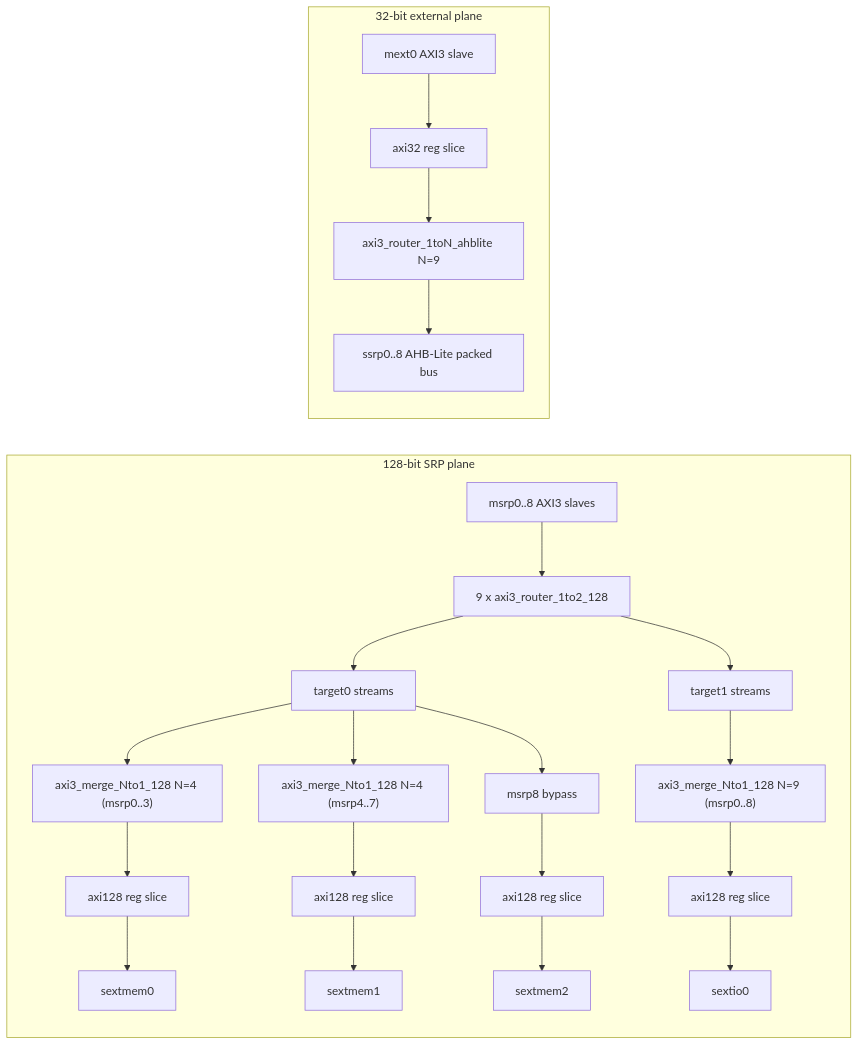
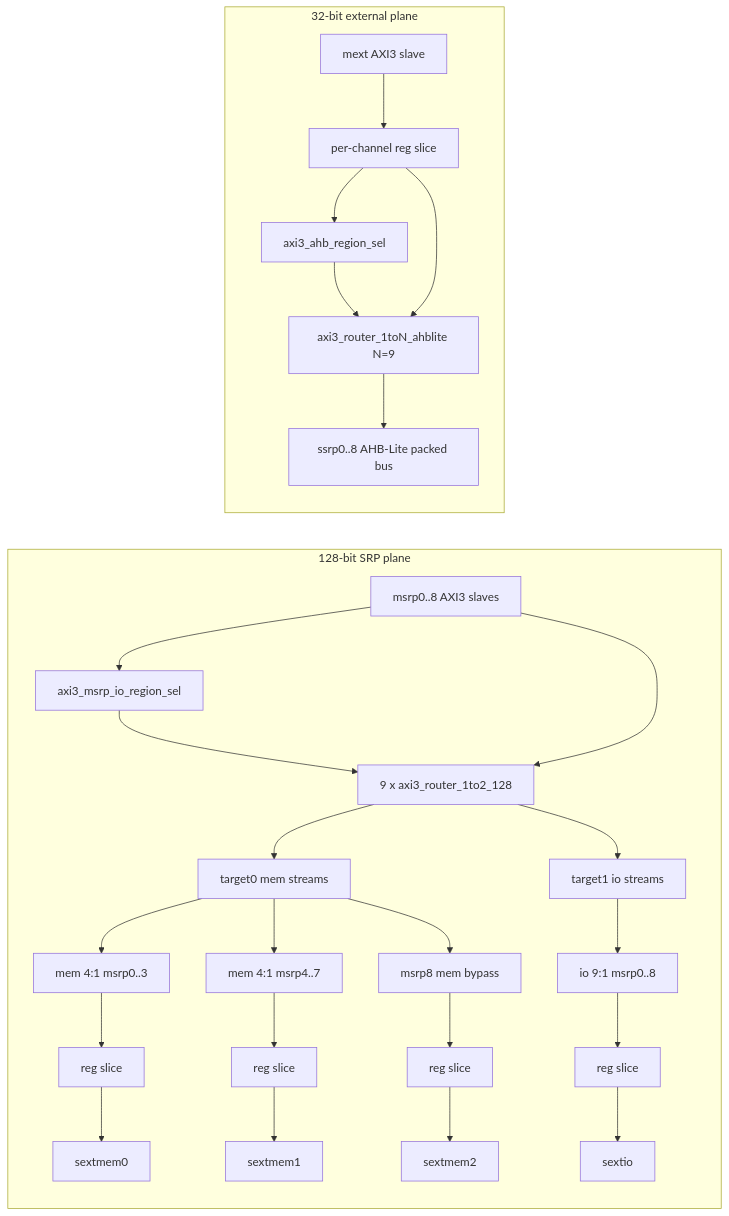
The diagram in rtl/lbus_srps.md (op21beyond/axi_utils), drawn with Mermaid before and after one commit. The commit also changed other lines of this file and 13 other files, not shown here.

````diff
--- a/rtl/lbus_srps.md
+++ b/rtl/lbus_srps.md
@@ -22,25 +62,29 @@
 ```mermaid
 flowchart LR
     subgraph SRP_128["128-bit SRP plane"]
-        MSRP["msrp0..8 AXI3 slaves"] --> R12["9 x axi3_router_1to2_128"]
-        R12 --> T0["target0 streams"]
-        R12 --> T1["target1 streams"]
+        MSRP["msrp0..8 AXI3 slaves"] --> SEL["axi3_msrp_io_region_sel"]
+        SEL --> R12["9 x axi3_router_1to2_128"]
+        MSRP --> R12
+        R12 --> T0["target0 mem streams"]
+        R12 --> T1["target1 io streams"]
 
-        T0 --> M0["axi3_merge_Nto1_128 N=4 (msrp0..3)"]
-        T0 --> M1["axi3_merge_Nto1_128 N=4 (msrp4..7)"]
-        T0 --> BP["msrp8 bypass"]
+        T0 --> M0["mem 4:1 msrp0..3"]
+        T0 --> M1["mem 4:1 msrp4..7"]
+        T0 --> BP["msrp8 mem bypass"]
 
-        M0 --> RS0["axi128 reg slice"] --> S0["sextmem0"]
-        M1 --> RS1["axi128 reg slice"] --> S1["sextmem1"]
-        BP --> RS2["axi128 reg slice"] --> S2["sextmem2"]
+        M0 --> RS0["reg slice"] --> S0["sextmem0"]
+        M1 --> RS1["reg slice"] --> S1["sextmem1"]
+        BP --> RS2["reg slice"] --> S2["sextmem2"]
 
-        T1 --> MIO["axi3_merge_Nto1_128 N=9 (msrp0..8)"]
-        MIO --> RSIO["axi128 reg slice"] --> SIO["sextio0"]
+        T1 --> MIO["io 9:1 msrp0..8"]
+        MIO --> RSIO["reg slice"] --> SIO["sextio"]
     end
 
     subgraph EXT_32["32-bit external plane"]
-        MEXT["mext0 AXI3 slave"] --> RSM["axi32 reg slice"]
-        RSM --> RAHB["axi3_router_1toN_ahblite N=9"]
+        MEXT["mext AXI3 slave"] --> RSM["per-channel reg slice"]
+        RSM --> DEC["axi3_ahb_region_sel"]
+        DEC --> RAHB["axi3_router_1toN_ahblite N=9"]
+        RSM --> RAHB
         RAHB --> SSRP["ssrp0..8 AHB-Lite packed bus"]
     end
 ```
````
